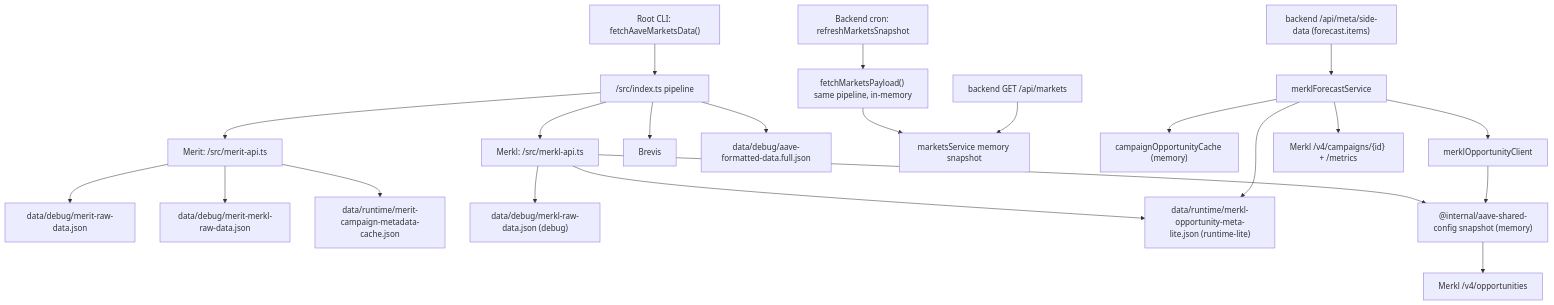
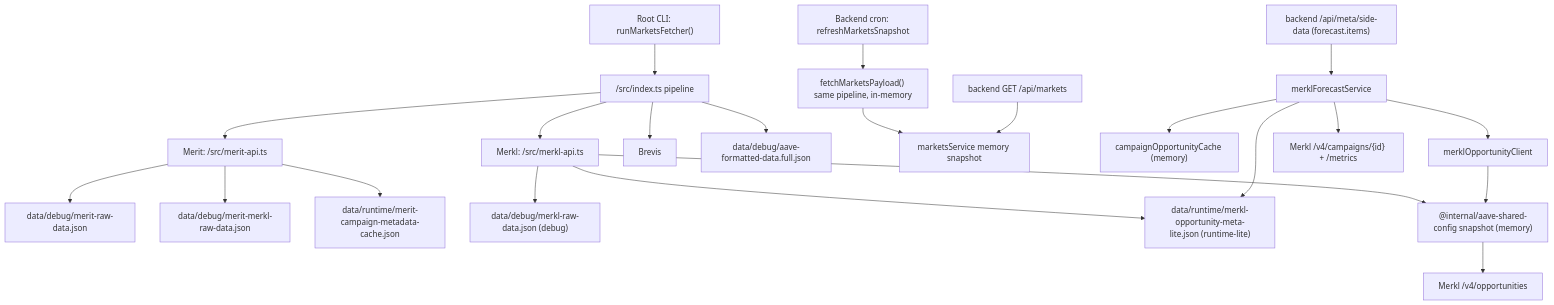
The fourth of 5 diagrams in docs/merkl-merit-cache-architecture.md (0xPabloLI/aave-protocol-analysis), drawn with Mermaid before and after one commit. The commit also changed other lines of this file and 4 other files, not shown here.

````diff
--- a/docs/merkl-merit-cache-architecture.md
+++ b/docs/merkl-merit-cache-architecture.md
@@ -104,24 +104,24 @@
 ```mermaid
 flowchart TD
-  A["Root CLI: fetchAaveMarketsData()"] --> B["/src/index.ts pipeline"]
+  A["Root CLI: runMarketsFetcher()"] --> B["/src/index.ts pipeline"]
   B --> C["Merit: /src/merit-api.ts"]
   B --> D["Merkl: /src/merkl-api.ts"]
   B --> E["Brevis"]
   C --> F["data/debug/merit-raw-data.json"]
   C --> G["data/debug/merit-merkl-raw-data.json"]
   C --> H["data/runtime/merit-campaign-metadata-cache.json"]
   D --> I["data/debug/merkl-raw-data.json (debug)"]
   D --> J["data/runtime/merkl-opportunity-meta-lite.json (runtime-lite)"]
   D --> R["@internal/aave-shared-config snapshot (memory)"]
    B --> K["data/debug/aave-formatted-data.full.json"]
   CRON["Backend cron: refreshMarketsSnapshot"] --> MP["fetchMarketsPayload() same pipeline, in-memory"]
   MP --> MS["marketsService memory snapshot"]
   L["backend GET /api/markets"] --> MS
   N["backend /api/meta/side-data (forecast.items)"] --> O["merklForecastService"]
   O --> P["campaignOpportunityCache (memory)"]
   O --> J
   O --> Q["merklOpportunityClient"]
   Q --> R
   R --> S["Merkl /v4/opportunities"]
   O --> T["Merkl /v4/campaigns/{id} + /metrics"]
 ```
````
